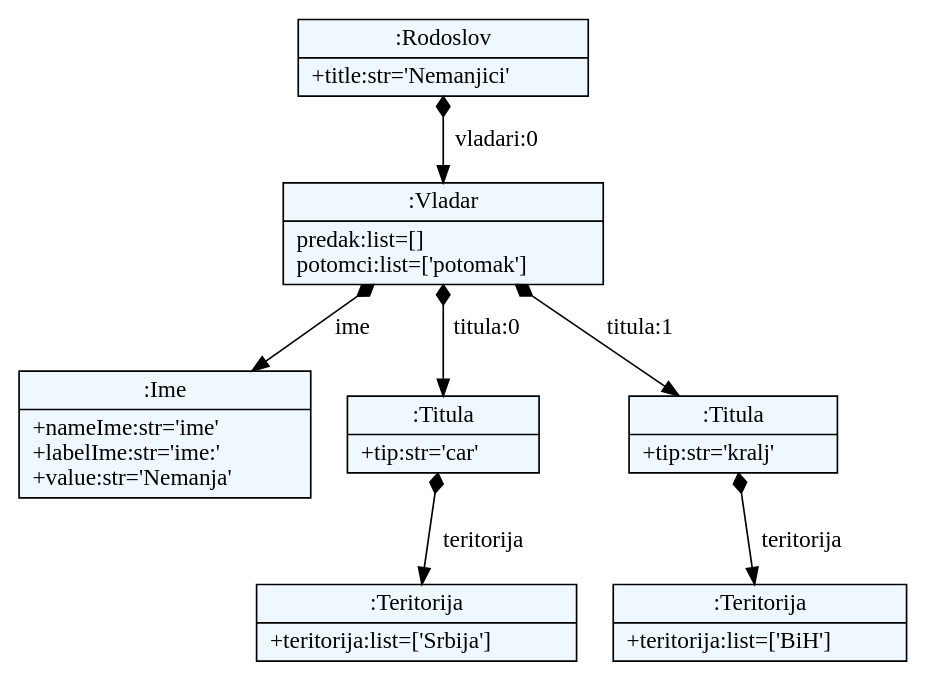
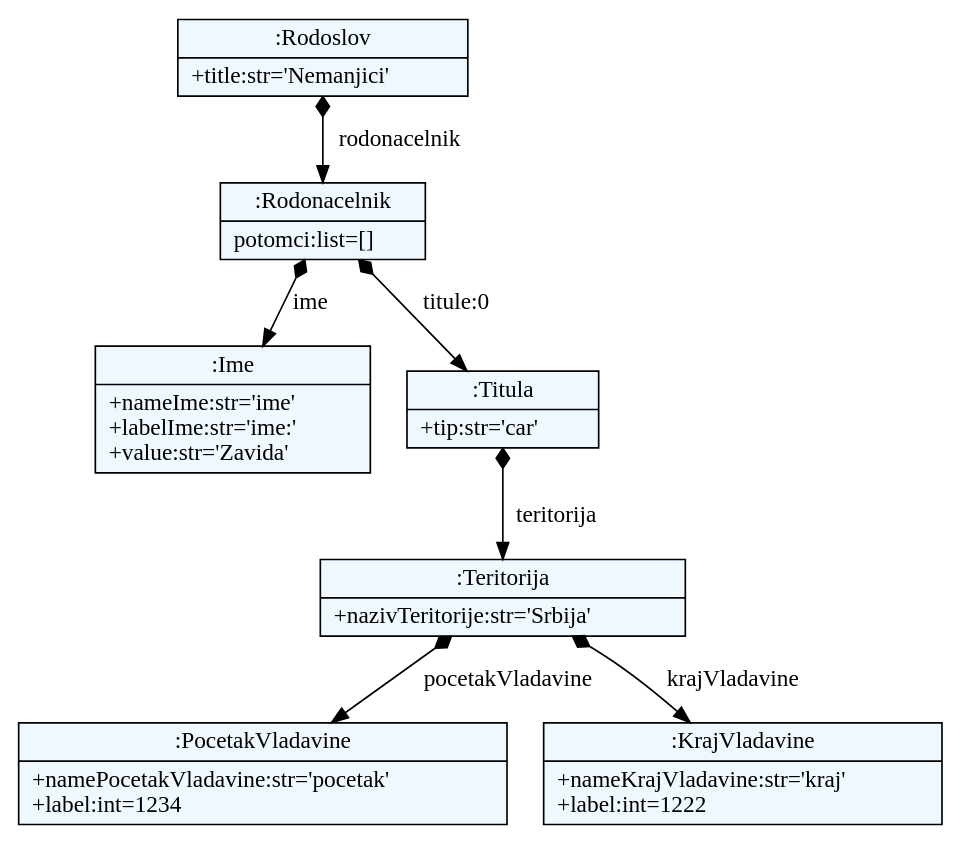
The diagram in Projekat/forms/example.dot (milenaL9/JSD_2017), drawn with Graphviz before and after one commit. The commit also changed 8 other files, not shown here.

```diff
--- a/Projekat/forms/example.dot
+++ b/Projekat/forms/example.dot
@@ -1,28 +1,28 @@
 
     digraph xtext {
     fontname = "Bitstream Vera Sans"
     fontsize = 8
     node[
         shape=record,
         style=filled,
         fillcolor=aliceblue
     ]
     nodesep = 0.3
     edge[dir=black,arrowtail=empty]
 
 
-68160816 -> 68240048 [label="vladari:0" arrowtail=diamond dir=both]
-68240048 -> 68239600 [label="ime" arrowtail=diamond dir=both]
-68239600[label="{:Ime|+nameIme:str='ime'\l+labelIme:str='ime:'\l+value:str='Nemanja'\l}"]
-68240048 -> 68240160 [label="titula:0" arrowtail=diamond dir=both]
-68240160 -> 68240440 [label="teritorija" arrowtail=diamond dir=both]
-68240440[label="{:Teritorija|+teritorija:list=['Srbija']\l}"]
-68240160[label="{:Titula|+tip:str='car'\l}"]
-68240048 -> 68240328 [label="titula:1" arrowtail=diamond dir=both]
-68240328 -> 68240720 [label="teritorija" arrowtail=diamond dir=both]
-68240720[label="{:Teritorija|+teritorija:list=['BiH']\l}"]
-68240328[label="{:Titula|+tip:str='kralj'\l}"]
-68240048[label="{:Vladar|predak:list=[]\lpotomci:list=['potomak']\l}"]
-68160816[label="{:Rodoslov|+title:str='Nemanjici'\l}"]
+68445128 -> 68518632 [label="rodonacelnik" arrowtail=diamond dir=both]
+68518632 -> 68518744 [label="ime" arrowtail=diamond dir=both]
+68518744[label="{:Ime|+nameIme:str='ime'\l+labelIme:str='ime:'\l+value:str='Zavida'\l}"]
+68518632 -> 68519024 [label="titule:0" arrowtail=diamond dir=both]
+68519024 -> 68519304 [label="teritorija" arrowtail=diamond dir=both]
+68519304 -> 68519528 [label="pocetakVladavine" arrowtail=diamond dir=both]
+68519528[label="{:PocetakVladavine|+namePocetakVladavine:str='pocetak'\l+label:int=1234\l}"]
+68519304 -> 68519584 [label="krajVladavine" arrowtail=diamond dir=both]
+68519584[label="{:KrajVladavine|+nameKrajVladavine:str='kraj'\l+label:int=1222\l}"]
+68519304[label="{:Teritorija|+nazivTeritorije:str='Srbija'\l}"]
+68519024[label="{:Titula|+tip:str='car'\l}"]
+68518632[label="{:Rodonacelnik|potomci:list=[]\l}"]
+68445128[label="{:Rodoslov|+title:str='Nemanjici'\l}"]
 
 }
```
